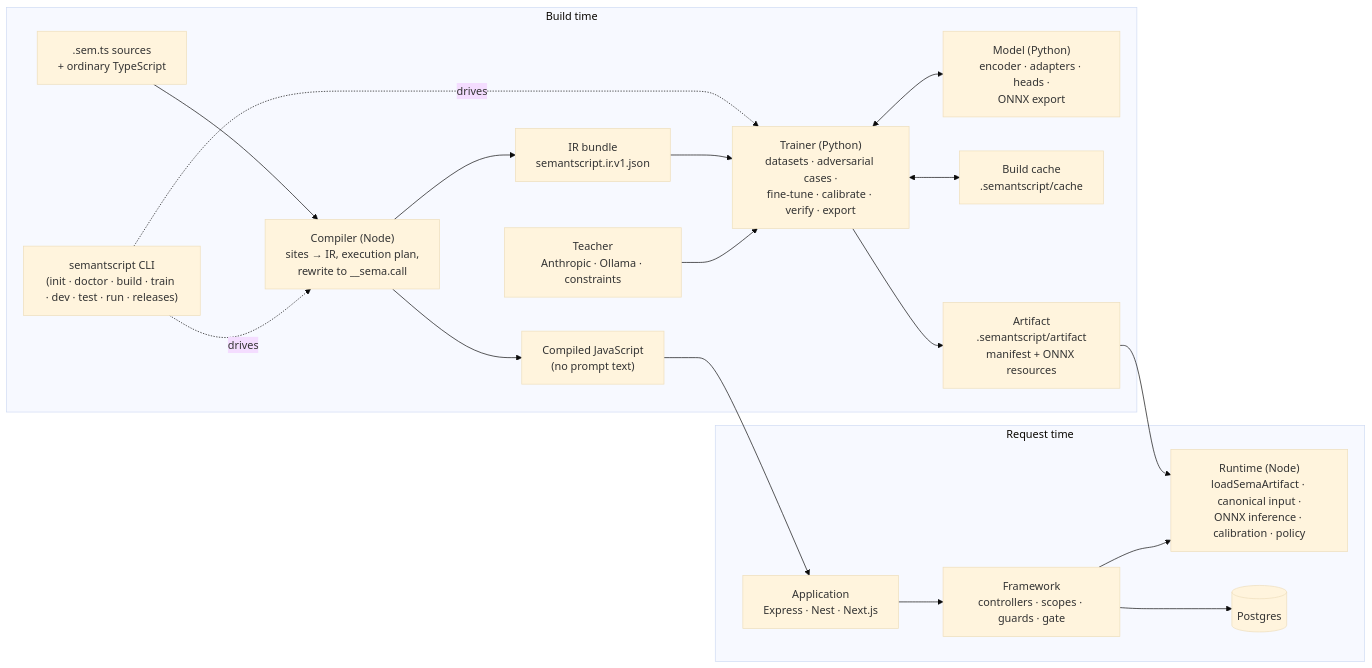
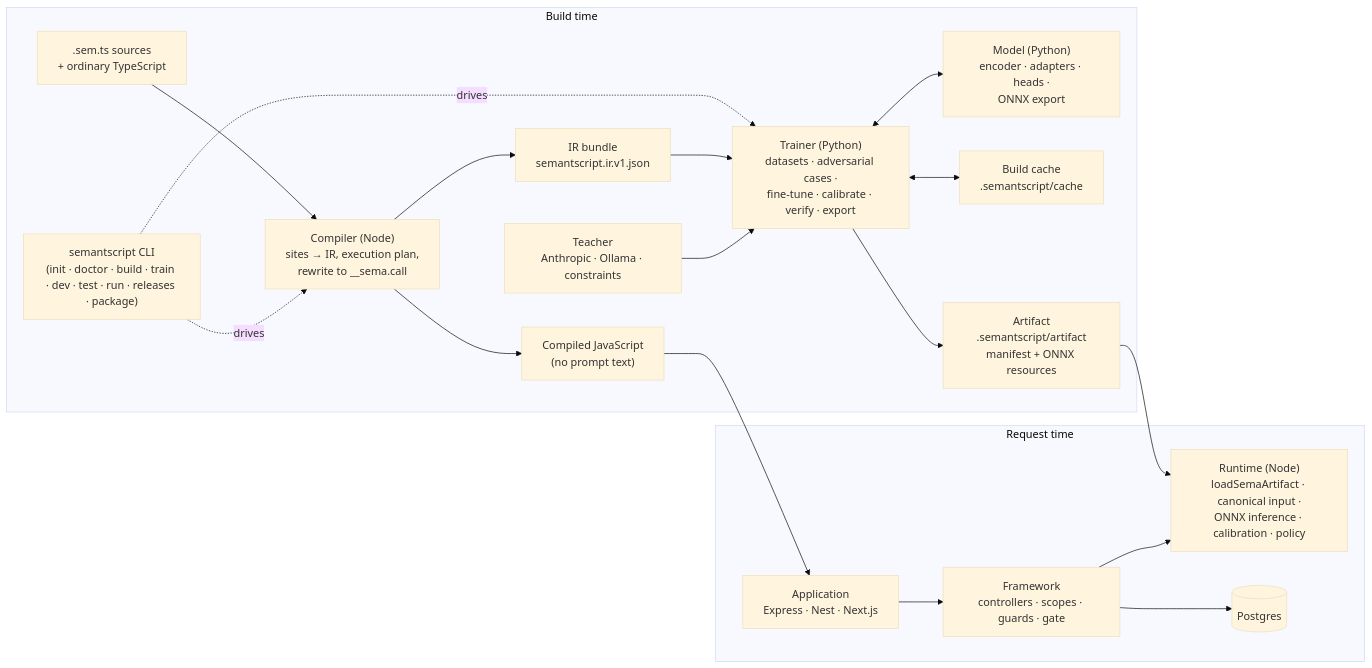
Before and after one commit to thowd22/SemantScript: the diagram in docs/architecture.md, drawn with Mermaid (base theme). The commit also changed 12 other files, not shown here.

First line of the commit message:
14.9: reserve the package output in init's gitignore, int8 lever as a measurement only

````diff
--- a/docs/architecture.md
+++ b/docs/architecture.md
@@ -9,36 +9,36 @@
 ```mermaid
 flowchart LR
   subgraph build["Build time"]
     SRC[".sem.ts sources\n+ ordinary TypeScript"]
-    CLI["semantscript CLI\n(init · doctor · build · train · dev · test · run · releases)"]
+    CLI["semantscript CLI\n(init · doctor · build · train · dev · test · run · releases · package)"]
     COMP["Compiler (Node)\nsites → IR, execution plan,\nrewrite to __sema.call"]
     JS["Compiled JavaScript\n(no prompt text)"]
     IR["IR bundle\nsemantscript.ir.v1.json"]
     TEACH["Teacher\nAnthropic · Ollama · constraints"]
     TRAIN["Trainer (Python)\ndatasets · adversarial cases ·\nfine-tune · calibrate · verify · export"]
     MODEL["Model (Python)\nencoder · adapters · heads ·\nONNX export"]
     CACHE["Build cache\n.semantscript/cache"]
     ART["Artifact\n.semantscript/artifact\nmanifest + ONNX resources"]
   end
   subgraph run["Request time"]
     APP["Application\nExpress · Nest · Next.js"]
     FW["Framework\ncontrollers · scopes · guards · gate"]
     RT["Runtime (Node)\nloadSemaArtifact · canonical input ·\nONNX inference · calibration · policy"]
     DB[("Postgres")]
   end
   SRC --> COMP
   CLI -. drives .-> COMP
   CLI -. drives .-> TRAIN
   COMP --> JS
   COMP --> IR
   IR --> TRAIN
   TEACH --> TRAIN
   TRAIN <--> MODEL
   TRAIN <--> CACHE
   TRAIN --> ART
   JS --> APP
   ART --> RT
   APP --> FW
   FW --> RT
   FW --> DB
 ```
````
